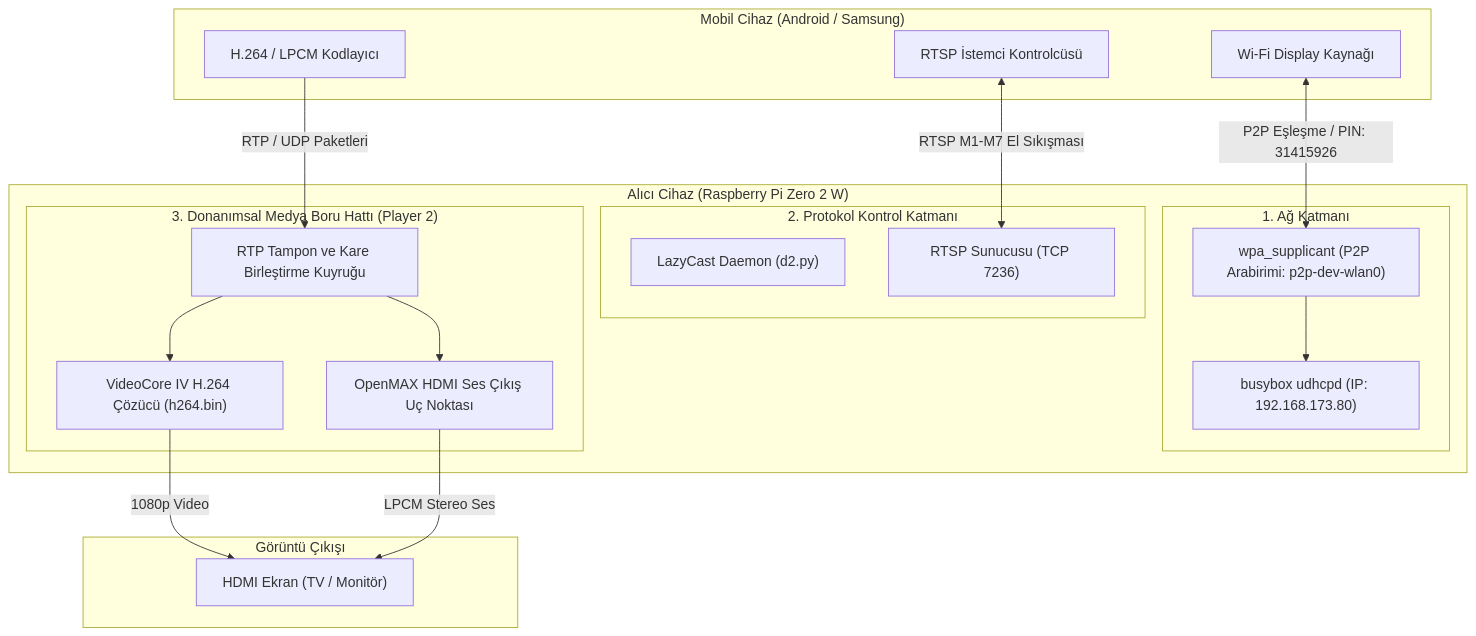
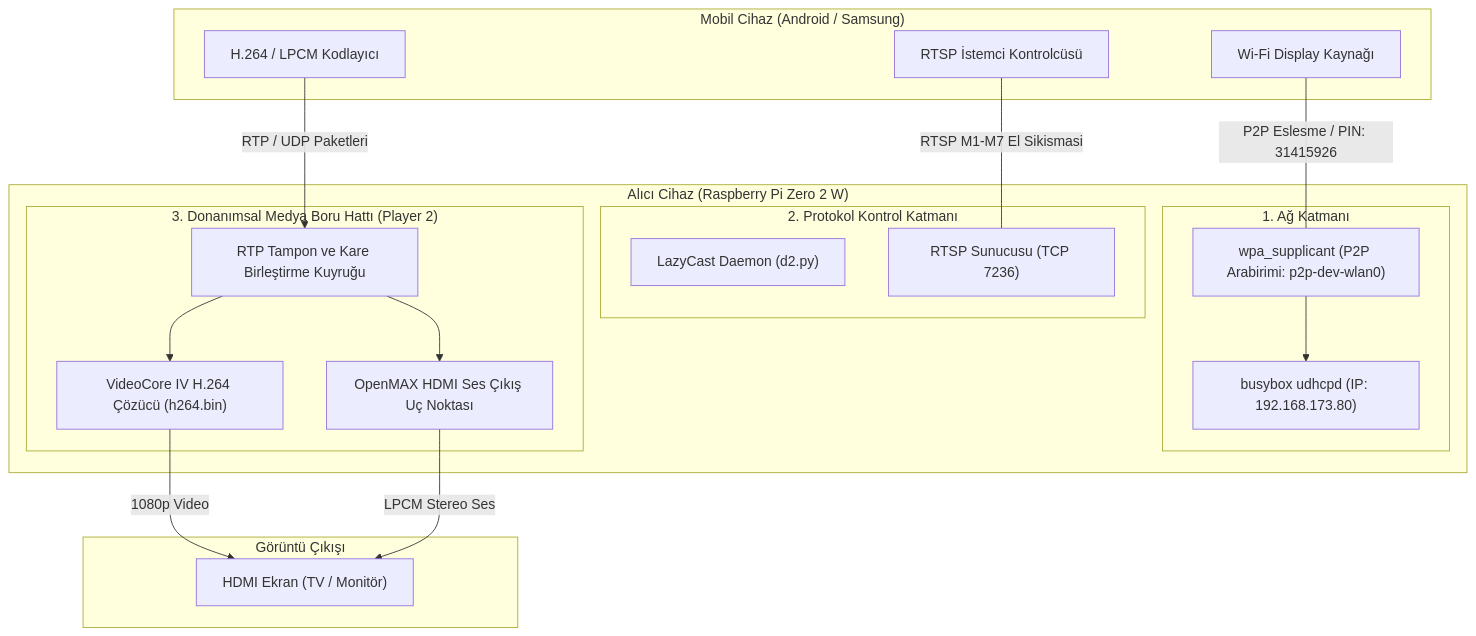
The diagram in README_TR.md (EfeAtesh/RaspberryPiZero-Casting-FullGuide), drawn with Mermaid before and after one commit. The commit also changed other lines of this file and 3 other files, not shown here.

Commit message:
readme fixes on graphs etc

````diff
--- a/README_TR.md
+++ b/README_TR.md
@@ -169,39 +169,39 @@
 ```mermaid
 graph TD
     subgraph MobileDevice ["Mobil Cihaz (Android / Samsung)"]
         WFD_Src["Wi-Fi Display Kaynağı"]
         RTSP_Client["RTSP İstemci Kontrolcüsü"]
         Media_Encoder["H.264 / LPCM Kodlayıcı"]
     end
 
     subgraph PiZero2W ["Alıcı Cihaz (Raspberry Pi Zero 2 W)"]
         subgraph NetLayer ["1. Ağ Katmanı"]
             WPA["wpa_supplicant (P2P Arabirimi: p2p-dev-wlan0)"]
             DHCP["busybox udhcpd (IP: 192.168.173.80)"]
         end
 
         subgraph ControlLayer ["2. Protokol Kontrol Katmanı"]
             LazyCast["LazyCast Daemon (d2.py)"]
             RTSP_Server["RTSP Sunucusu (TCP 7236)"]
         end
 
         subgraph MediaPipeline ["3. Donanımsal Medya Boru Hattı (Player 2)"]
             JitterBuffer["RTP Tampon ve Kare Birleştirme Kuyruğu"]
             OMX_Video["VideoCore IV H.264 Çözücü (h264.bin)"]
             OMX_Audio["OpenMAX HDMI Ses Çıkış Uç Noktası"]
         end
     end
 
     subgraph DisplayOutput ["Görüntü Çıkışı"]
         HDMI_Out["HDMI Ekran (TV / Monitör)"]
     end
 
-    WFD_Src <-->|P2P Eşleşme / PIN: 31415926| WPA
+    WFD_Src ---|"P2P Eslesme / PIN: 31415926"| WPA
     WPA --> DHCP
-    RTSP_Client <-->|RTSP M1-M7 El Sıkışması| RTSP_Server
-    Media_Encoder -->|RTP / UDP Paketleri| JitterBuffer
+    RTSP_Client ---|"RTSP M1-M7 El Sikismasi"| RTSP_Server
+    Media_Encoder -->|"RTP / UDP Paketleri"| JitterBuffer
     JitterBuffer --> OMX_Video
     JitterBuffer --> OMX_Audio
-    OMX_Video -->|1080p Video| HDMI_Out
-    OMX_Audio -->|LPCM Stereo Ses| HDMI_Out
+    OMX_Video -->|"1080p Video"| HDMI_Out
+    OMX_Audio -->|"LPCM Stereo Ses"| HDMI_Out
 ```
````
